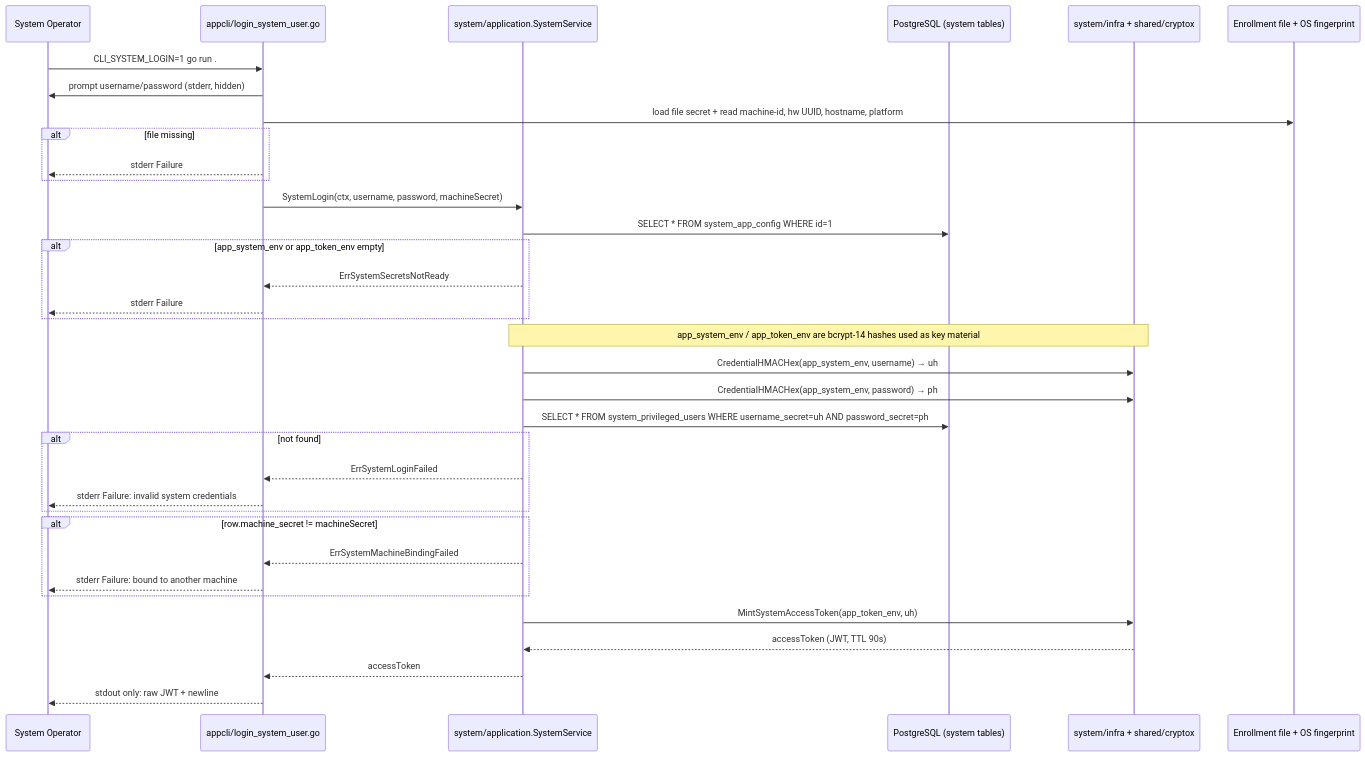
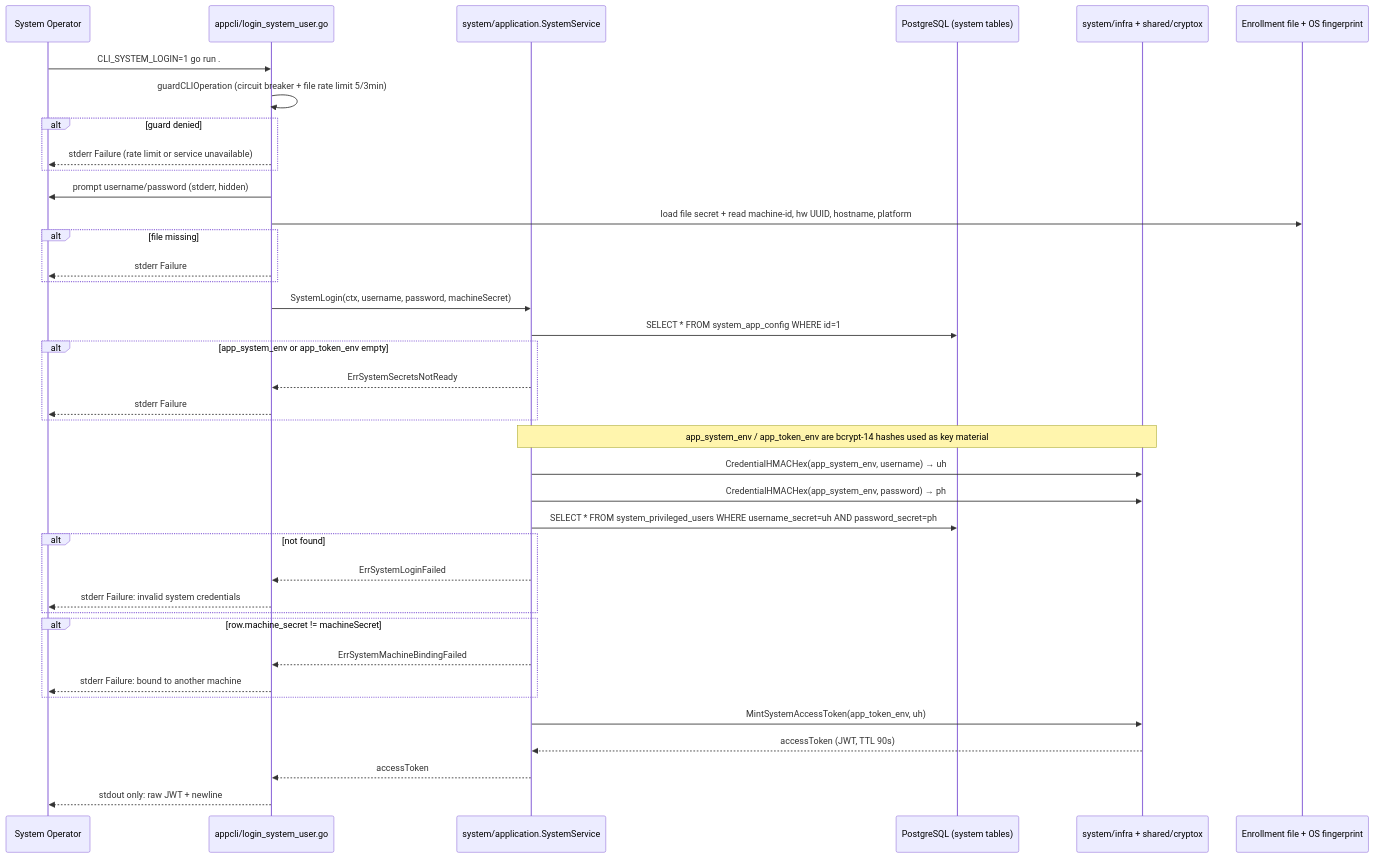
Before and after one commit to lkienkle11/be-mycourse: the ninth of 24 diagrams in docs/sequence_diagrams.md, drawn with Mermaid. The commit also changed 11 other files, not shown here.

Commit message:
docs: sync appcli rate limit and circuit breaker docs

````diff
--- a/docs/sequence_diagrams.md
+++ b/docs/sequence_diagrams.md
@@ -467,41 +467,45 @@
 ```mermaid
 sequenceDiagram
     participant Op as System Operator
     participant CLI as appcli/login_system_user.go
     participant SVC as system/application.SystemService
     participant DB as PostgreSQL (system tables)
     participant Crypto as system/infra + shared/cryptox
     participant ID as Enrollment file + OS fingerprint
 
     Op->>CLI: CLI_SYSTEM_LOGIN=1 go run .
+    CLI->>CLI: guardCLIOperation (circuit breaker + file rate limit 5/3min)
+    alt guard denied
+        CLI-->>Op: stderr Failure (rate limit or service unavailable)
+    end
     CLI->>Op: prompt username/password (stderr, hidden)
     CLI->>ID: load file secret + read machine-id, hw UUID, hostname, platform
     alt file missing
         CLI-->>Op: stderr Failure
     end
 
     CLI->>SVC: SystemLogin(ctx, username, password, machineSecret)
     SVC->>DB: SELECT * FROM system_app_config WHERE id=1
     alt app_system_env or app_token_env empty
         SVC-->>CLI: ErrSystemSecretsNotReady
         CLI-->>Op: stderr Failure
     end
 
     Note over SVC,Crypto: app_system_env / app_token_env are bcrypt-14 hashes used as key material
     SVC->>Crypto: CredentialHMACHex(app_system_env, username) → uh
     SVC->>Crypto: CredentialHMACHex(app_system_env, password) → ph
     SVC->>DB: SELECT * FROM system_privileged_users WHERE username_secret=uh AND password_secret=ph
     alt not found
         SVC-->>CLI: ErrSystemLoginFailed
         CLI-->>Op: stderr Failure: invalid system credentials
     end
     alt row.machine_secret != machineSecret
         SVC-->>CLI: ErrSystemMachineBindingFailed
         CLI-->>Op: stderr Failure: bound to another machine
     end
 
     SVC->>Crypto: MintSystemAccessToken(app_token_env, uh)
     Crypto-->>SVC: accessToken (JWT, TTL 90s)
     SVC-->>CLI: accessToken
     CLI-->>Op: stdout only: raw JWT + newline
 ```
````
